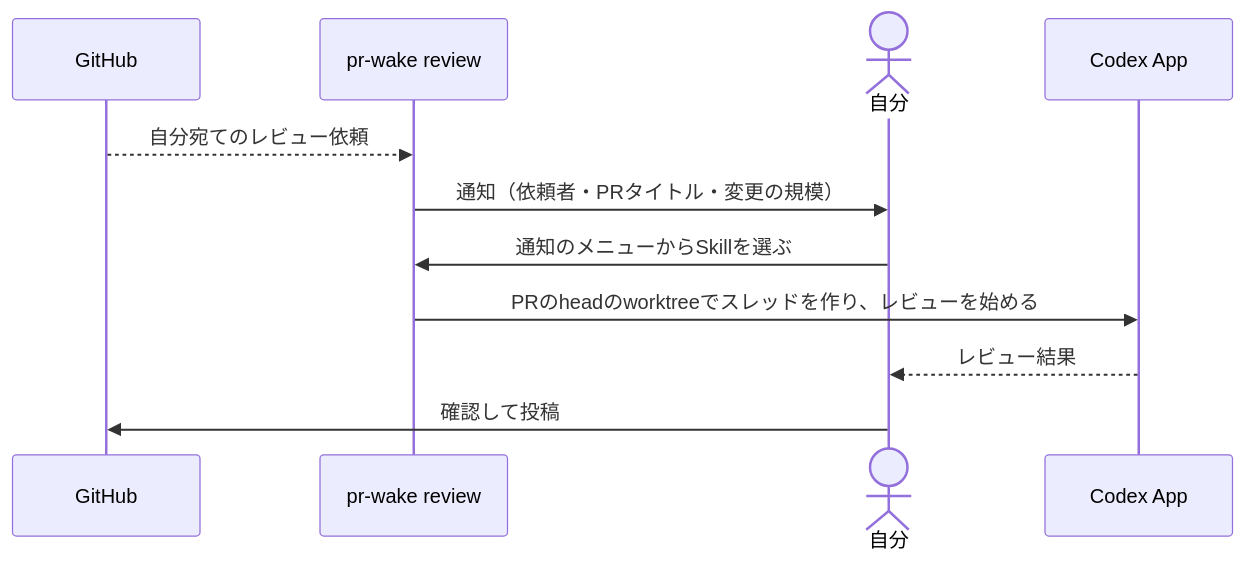
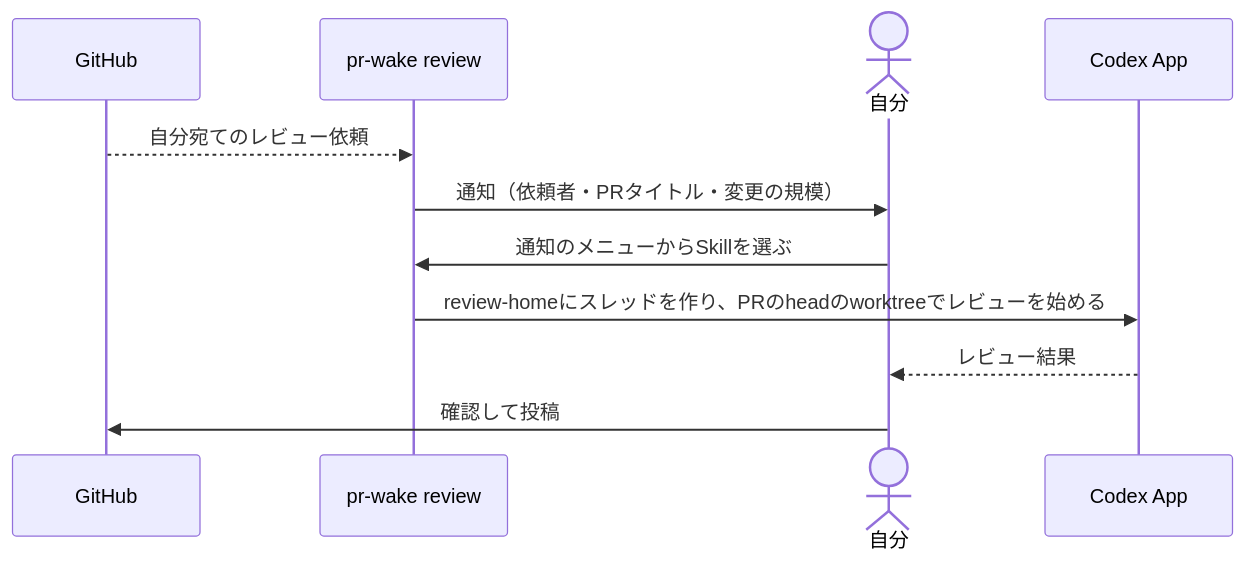
One commit to riii111/pr-wake changed the second of 2 diagrams in README.md. Above: the diagram before and after it, drawn with Mermaid. The commit also changed other lines of this file and 7 other files, not shown here.

````diff
--- a/README.md
+++ b/README.md
@@ -65,13 +65,13 @@
 ```mermaid
 sequenceDiagram
   participant G as GitHub
   participant P as pr-wake review
   actor U as 自分
   participant C as Codex App
   G-->>P: 自分宛てのレビュー依頼
   P->>U: 通知（依頼者・PRタイトル・変更の規模）
   U->>P: 通知のメニューからSkillを選ぶ
-  P->>C: PRのheadのworktreeでスレッドを作り、レビューを始める
+  P->>C: review-homeにスレッドを作り、PRのheadのworktreeでレビューを始める
   C-->>U: レビュー結果
   U->>G: 確認して投稿
 ```
````
